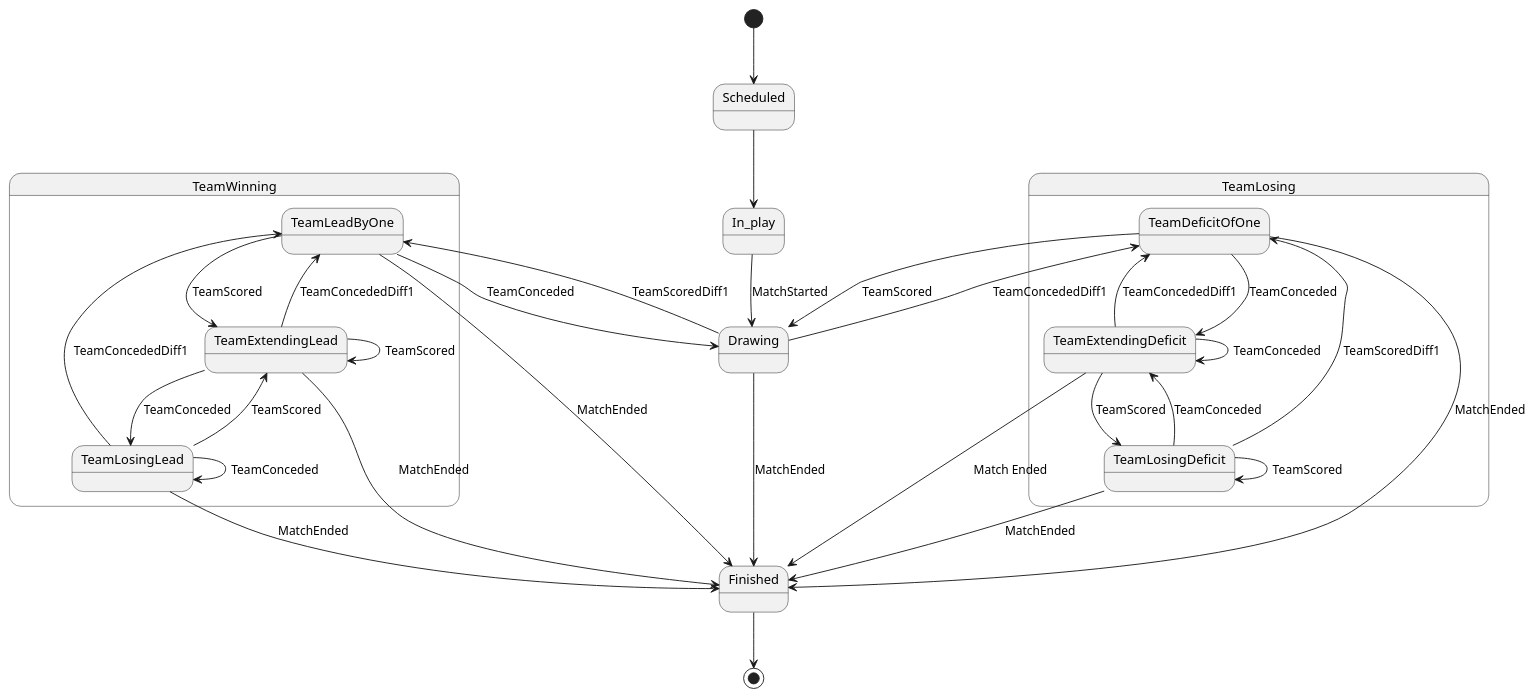
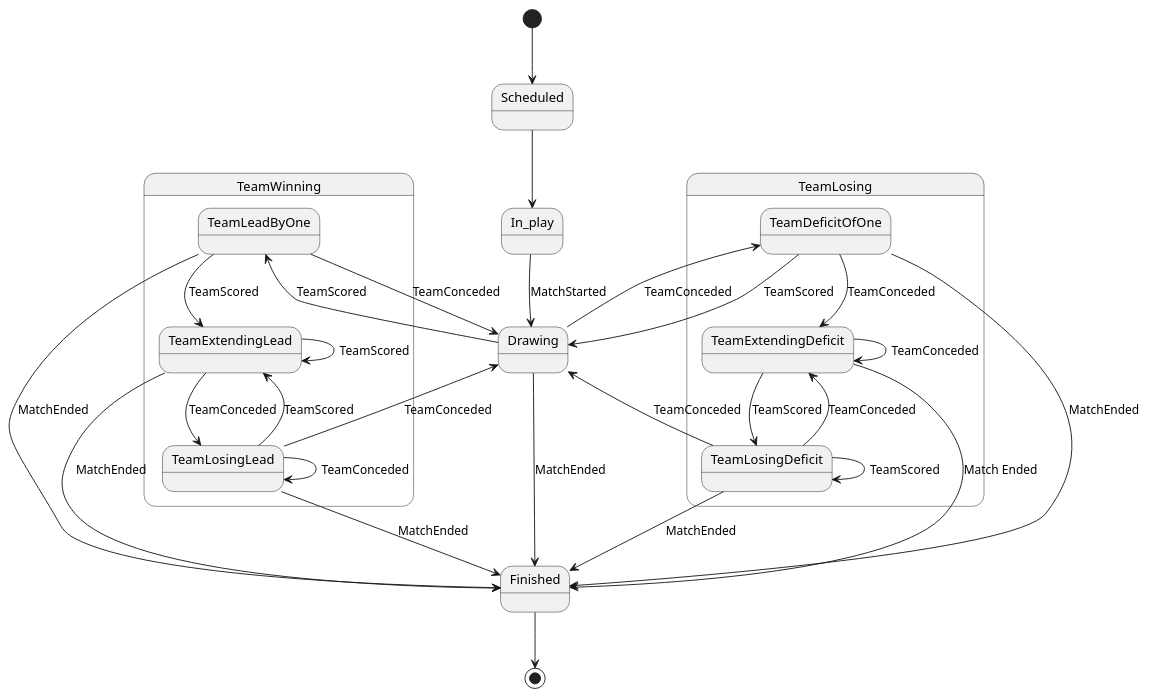
The diagram in UML/StateMachine.plantuml (schleising/banter-bot), drawn with PlantUML before and after one commit. The commit also changed 3 other files, not shown here.

Commit message:
Fix up state machine to better use the lead / deficit of one state

```diff
--- a/UML/StateMachine.plantuml
+++ b/UML/StateMachine.plantuml
@@ -1,45 +1,43 @@
 @startuml MatchStateMachine
 [*] --> Scheduled
 Scheduled --> In_play
 In_play --> Drawing: MatchStarted
 
 Drawing --> Finished: MatchEnded
 
 state TeamWinning {
-    Drawing --> TeamLeadByOne: TeamScoredDiff1
+    Drawing --> TeamLeadByOne: TeamScored
     
     TeamLeadByOne --> Drawing: TeamConceded
     TeamLeadByOne --> TeamExtendingLead: TeamScored
     TeamLeadByOne --> Finished: MatchEnded
 
-    TeamExtendingLead --> TeamLeadByOne: TeamConcededDiff1
     TeamExtendingLead --> TeamLosingLead: TeamConceded
     TeamExtendingLead --> TeamExtendingLead: TeamScored
     TeamExtendingLead --> Finished: MatchEnded
 
-    TeamLosingLead --> TeamLeadByOne: TeamConcededDiff1
+    TeamLosingLead --> Drawing: TeamConceded
     TeamLosingLead --> TeamLosingLead: TeamConceded
     TeamLosingLead --> TeamExtendingLead: TeamScored
     TeamLosingLead --> Finished: MatchEnded
 }
 
 state TeamLosing {
-    Drawing --> TeamDeficitOfOne: TeamConcededDiff1
+    Drawing --> TeamDeficitOfOne: TeamConceded
     
     TeamDeficitOfOne --> Drawing: TeamScored
     TeamDeficitOfOne --> TeamExtendingDeficit: TeamConceded
     TeamDeficitOfOne --> Finished: MatchEnded
 
     TeamExtendingDeficit --> TeamLosingDeficit: TeamScored
-    TeamExtendingDeficit --> TeamDeficitOfOne: TeamConcededDiff1
     TeamExtendingDeficit --> TeamExtendingDeficit: TeamConceded
     TeamExtendingDeficit --> Finished: Match Ended
 
-    TeamLosingDeficit --> TeamDeficitOfOne: TeamScoredDiff1
+    TeamLosingDeficit --> Drawing: TeamConceded
     TeamLosingDeficit --> TeamLosingDeficit: TeamScored
     TeamLosingDeficit --> TeamExtendingDeficit: TeamConceded
     TeamLosingDeficit --> Finished: MatchEnded
 }
 
 Finished --> [*]
 @enduml
```
